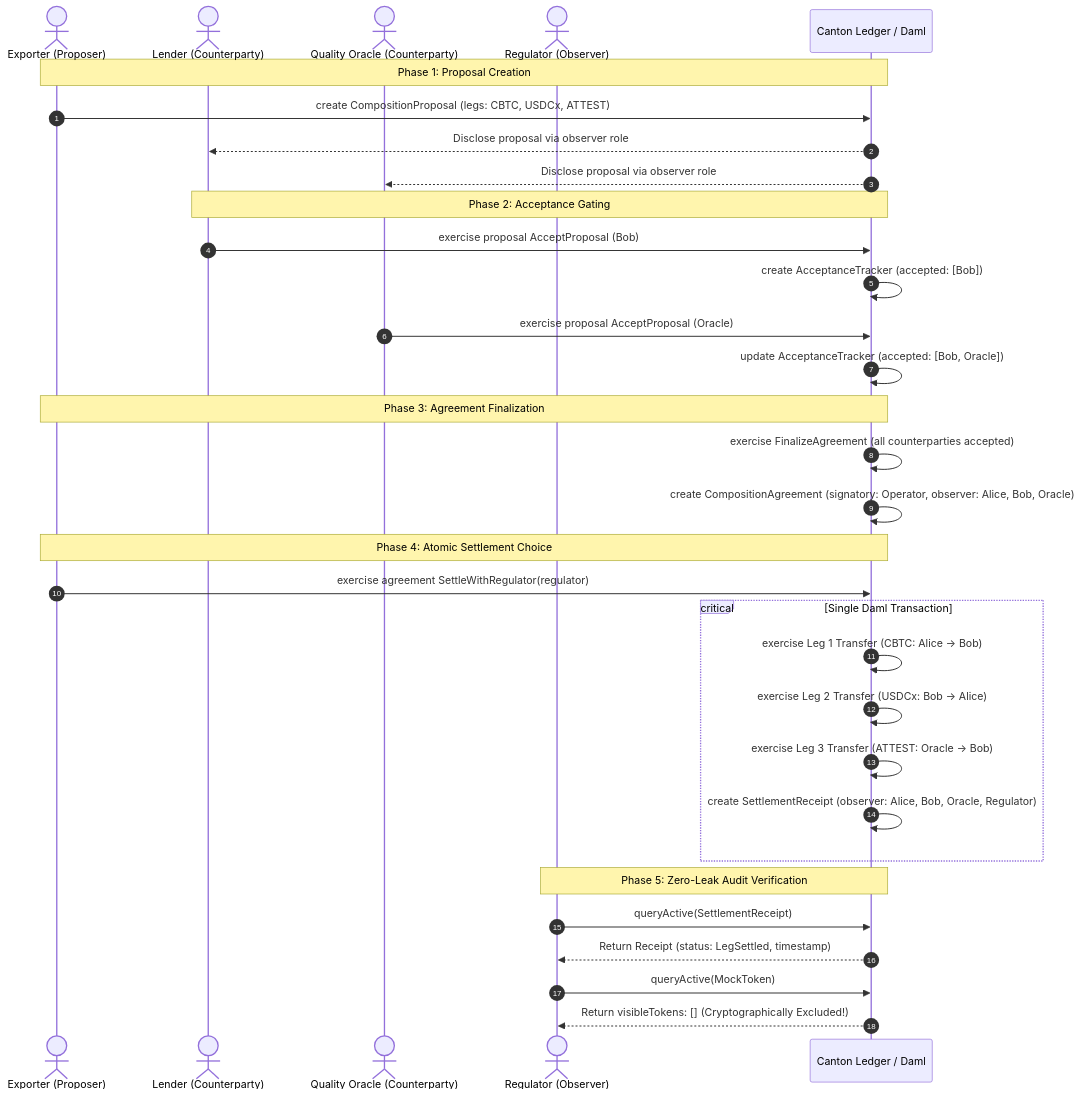
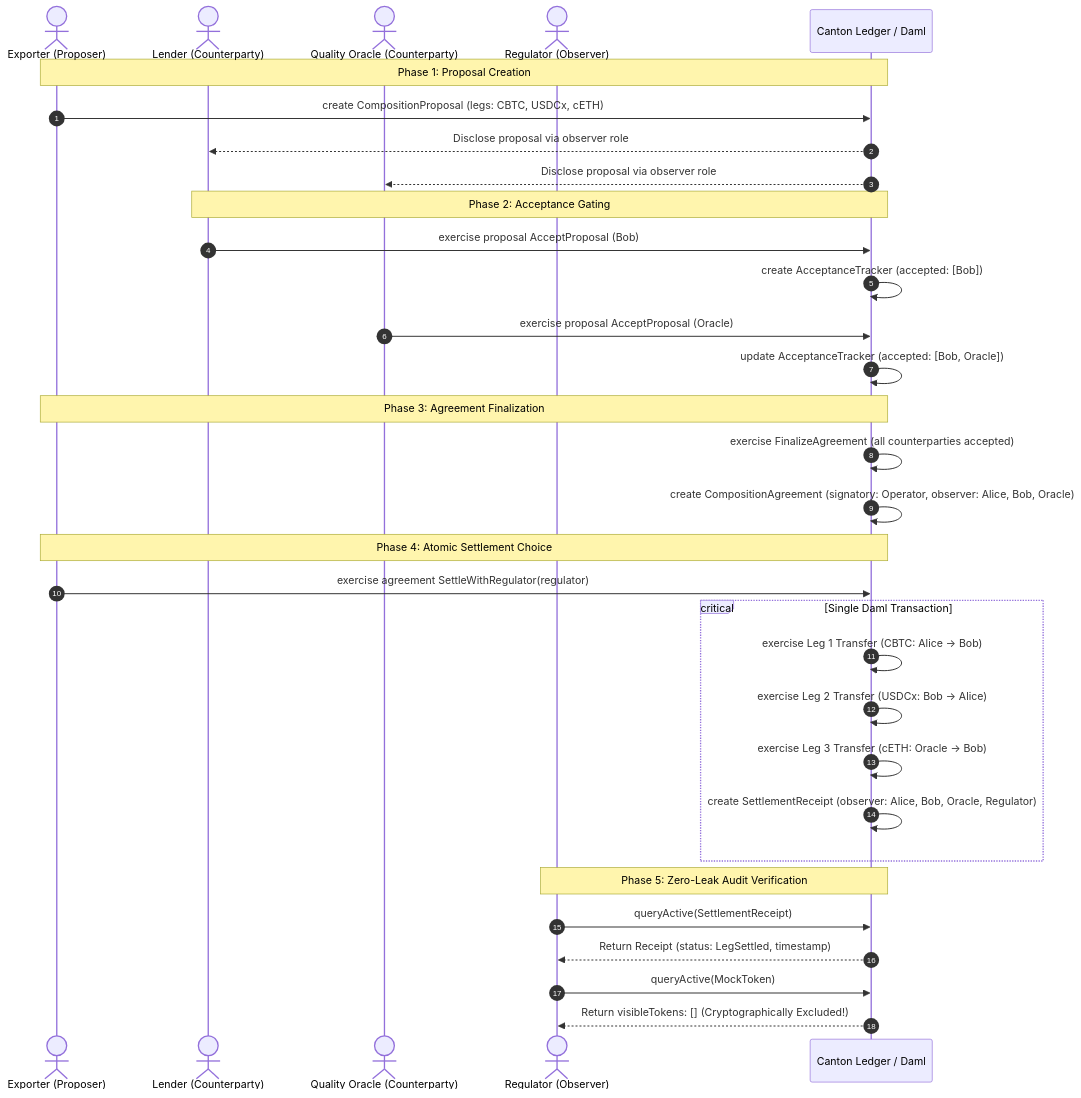
One commit to BikkoFarms/Composition-Protocol changed the second of 3 diagrams in docs/ARCHITECTURE.md. Above: the diagram before and after it, drawn with Mermaid. The commit also changed other lines of this file and 27 other files, not shown here.

````diff
--- a/docs/ARCHITECTURE.md
+++ b/docs/ARCHITECTURE.md
@@ -70,39 +70,39 @@
 ```mermaid
 sequenceDiagram
     autonumber
     actor Alice as Exporter (Proposer)
     actor Bob as Lender (Counterparty)
     actor Oracle as Quality Oracle (Counterparty)
     actor Regulator as Regulator (Observer)
     participant Ledger as Canton Ledger / Daml
 
     Note over Alice,Ledger: Phase 1: Proposal Creation
-    Alice->>Ledger: create CompositionProposal (legs: CBTC, USDCx, ATTEST)
+    Alice->>Ledger: create CompositionProposal (legs: CBTC, USDCx, cETH)
     Ledger-->>Bob: Disclose proposal via observer role
     Ledger-->>Oracle: Disclose proposal via observer role
 
     Note over Bob,Ledger: Phase 2: Acceptance Gating
     Bob->>Ledger: exercise proposal AcceptProposal (Bob)
     Ledger->>Ledger: create AcceptanceTracker (accepted: [Bob])
     Oracle->>Ledger: exercise proposal AcceptProposal (Oracle)
     Ledger->>Ledger: update AcceptanceTracker (accepted: [Bob, Oracle])
     
     Note over Alice,Ledger: Phase 3: Agreement Finalization
     Ledger->>Ledger: exercise FinalizeAgreement (all counterparties accepted)
     Ledger->>Ledger: create CompositionAgreement (signatory: Operator, observer: Alice, Bob, Oracle)
 
     Note over Alice,Ledger: Phase 4: Atomic Settlement Choice
     Alice->>Ledger: exercise agreement SettleWithRegulator(regulator)
     critical Single Daml Transaction
         Ledger->>Ledger: exercise Leg 1 Transfer (CBTC: Alice -> Bob)
         Ledger->>Ledger: exercise Leg 2 Transfer (USDCx: Bob -> Alice)
-        Ledger->>Ledger: exercise Leg 3 Transfer (ATTEST: Oracle -> Bob)
+        Ledger->>Ledger: exercise Leg 3 Transfer (cETH: Oracle -> Bob)
         Ledger->>Ledger: create SettlementReceipt (observer: Alice, Bob, Oracle, Regulator)
     end
 
     Note over Regulator,Ledger: Phase 5: Zero-Leak Audit Verification
     Regulator->>Ledger: queryActive(SettlementReceipt)
     Ledger-->>Regulator: Return Receipt (status: LegSettled, timestamp)
     Regulator->>Ledger: queryActive(MockToken)
     Ledger-->>Regulator: Return visibleTokens: [] (Cryptographically Excluded!)
 ```
````
